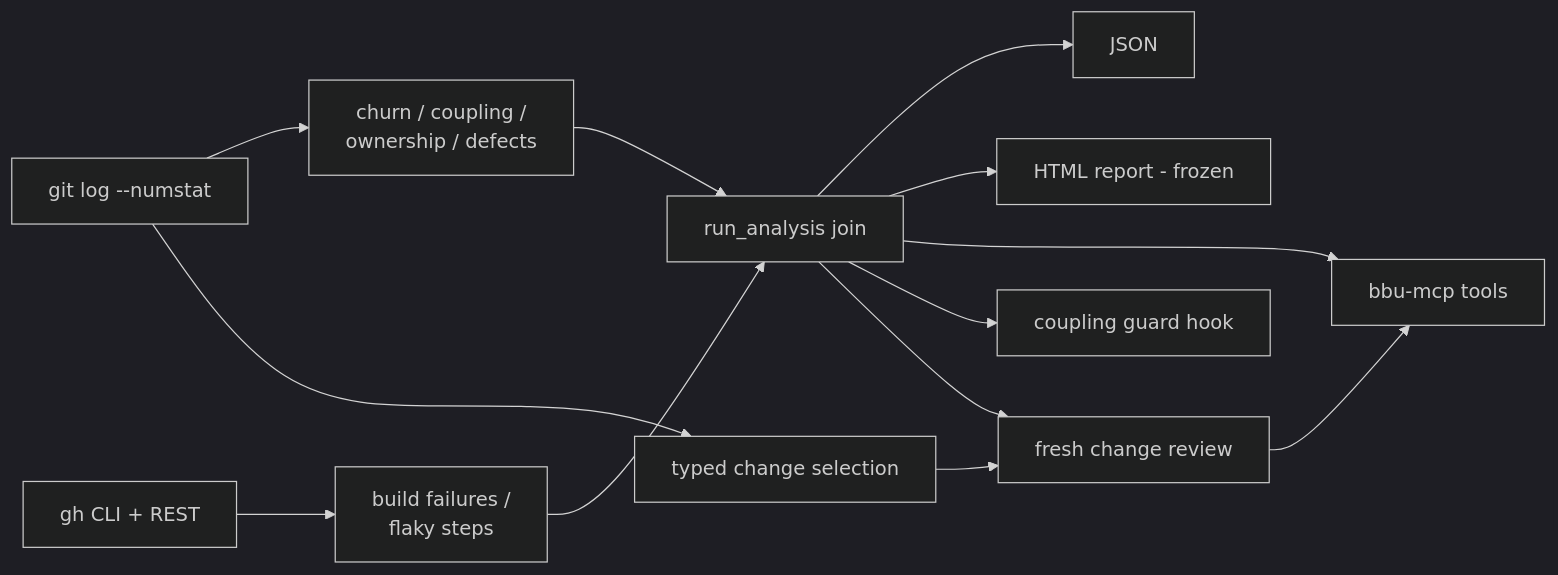
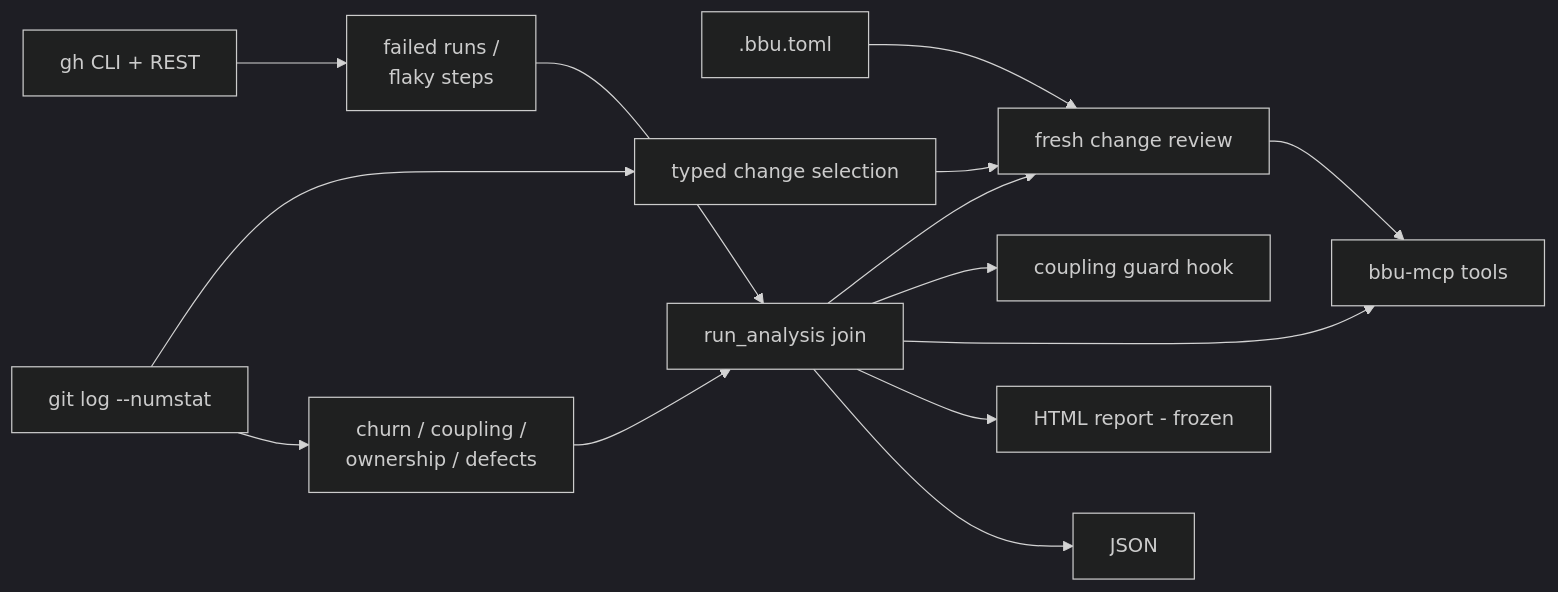
One commit to michael-denyer/black-box-unlock changed the diagram in docs/ARCHITECTURE.md. Above: the diagram before and after it, drawn with Mermaid (dark theme). The commit also changed other lines of this file and 34 other files, not shown here.

````diff
--- a/docs/ARCHITECTURE.md
+++ b/docs/ARCHITECTURE.md
@@ -51,15 +53,16 @@
 ```mermaid
 flowchart LR
     Git[git log --numstat] --> Parse[churn / coupling /<br/>ownership / defects]
-    GH[gh CLI + REST] --> CI[build failures /<br/>flaky steps]
+    GH[gh CLI + REST] --> CI[failed runs /<br/>flaky steps]
+    Config[.bbu.toml] --> Review
     Parse --> Join[run_analysis join]
     CI --> Join
     Join --> JSON[JSON]
     Join --> HTML[HTML report - frozen]
     Join --> MCP[bbu-mcp tools]
     Join --> Guard[coupling guard hook]
     Git --> Change[typed change selection]
     Change --> Review[fresh change review]
     Join --> Review
     Review --> MCP
 ```
````
